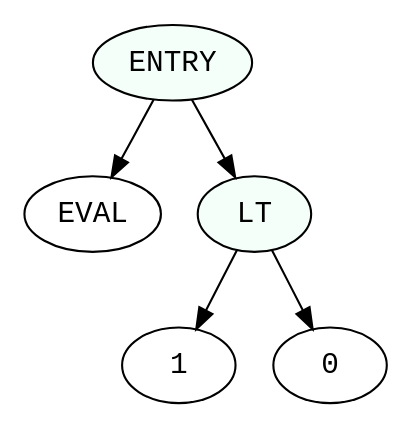
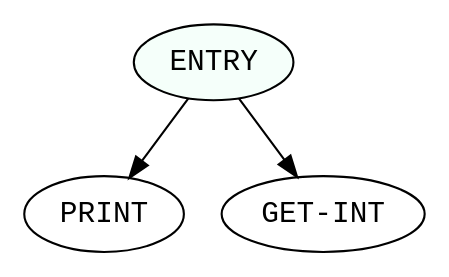
One commit to GunendraBikram/cc_project_01 changed the diagram in ast.dot. Above: the diagram before and after it, drawn with Graphviz. The commit also changed 1 other file, not shown here.

```diff
--- a/ast.dot
+++ b/ast.dot
@@ -1,11 +1,7 @@
 digraph print {
- 1 [label="EVAL", fontname="monospace"];
- 2 [label="1", fontname="monospace"];
- 3 [label="0", fontname="monospace"];
- 4 [label="LT", fontname="monospace", style=filled, fillcolor=mintcream];
- 4->2
- 4->3
- 5 [label="ENTRY", fontname="monospace", style=filled, fillcolor=mintcream];
- 5->1
- 5->4
+ 1 [label="PRINT", fontname="monospace"];
+ 2 [label="GET-INT", fontname="monospace"];
+ 3 [label="ENTRY", fontname="monospace", style=filled, fillcolor=mintcream];
+ 3->1
+ 3->2
  }
```
